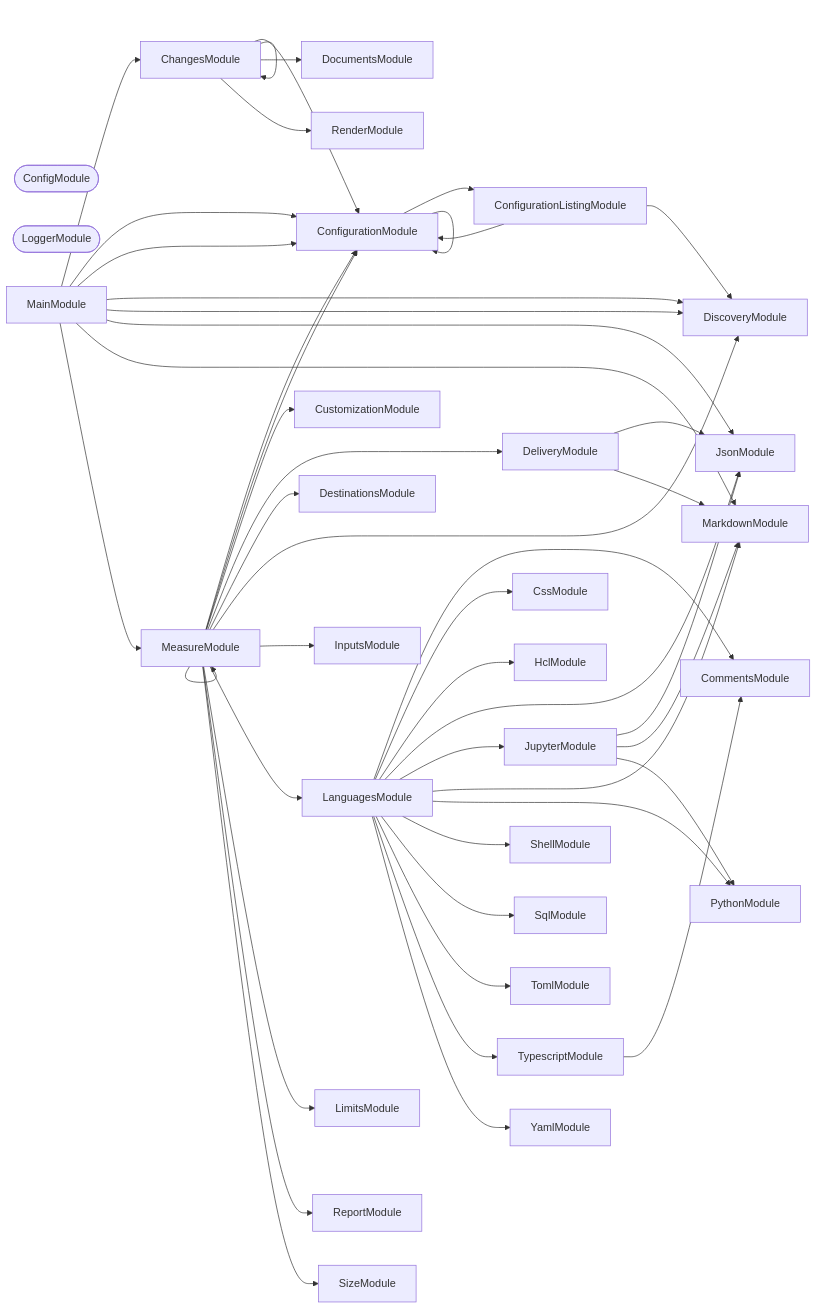
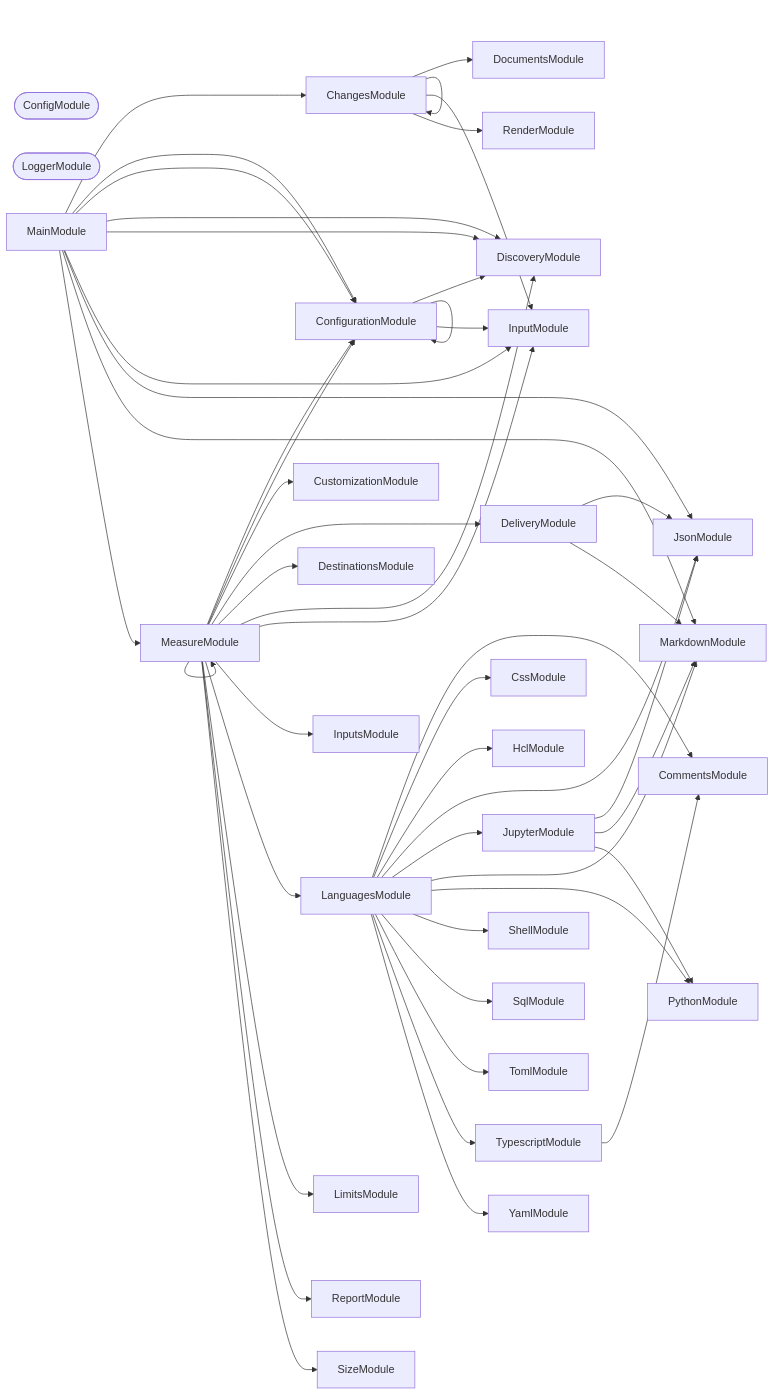
Before and after one commit to JimmyPaolini/codebase: the second of 3 diagrams in packages/ic-suite/codometer/codometer-cli/README.md, drawn with Mermaid. The commit also changed other lines of this file and 108 other files, not shown here.

````diff
--- a/packages/ic-suite/codometer/codometer-cli/README.md
+++ b/packages/ic-suite/codometer/codometer-cli/README.md
@@ -886,79 +886,80 @@
 ```mermaid
 flowchart LR
   ChangesModule
   CommentsModule
   ConfigModule([ConfigModule])
-  ConfigurationListingModule
   ConfigurationModule
   CssModule
   CustomizationModule
   DeliveryModule
   DestinationsModule
   DiscoveryModule
   DocumentsModule
   HclModule
+  InputModule
   InputsModule
   JsonModule
   JupyterModule
   LanguagesModule
   LimitsModule
   LoggerModule([LoggerModule])
   MainModule
   MarkdownModule
   MeasureModule
   PythonModule
   RenderModule
   ReportModule
   ShellModule
   SizeModule
   SqlModule
   TomlModule
   TypescriptModule
   YamlModule
   ChangesModule --> ChangesModule
-  ChangesModule --> ConfigurationModule
   ChangesModule --> DocumentsModule
+  ChangesModule --> InputModule
   ChangesModule --> RenderModule
-  ConfigurationListingModule --> ConfigurationModule
-  ConfigurationListingModule --> DiscoveryModule
-  ConfigurationModule --> ConfigurationListingModule
   ConfigurationModule --> ConfigurationModule
+  ConfigurationModule --> DiscoveryModule
+  ConfigurationModule --> InputModule
   DeliveryModule --> JsonModule
   DeliveryModule --> MarkdownModule
   JupyterModule --> JsonModule
   JupyterModule --> MarkdownModule
   JupyterModule --> PythonModule
   LanguagesModule --> CommentsModule
   LanguagesModule --> CssModule
   LanguagesModule --> HclModule
   LanguagesModule --> JsonModule
   LanguagesModule --> JupyterModule
   LanguagesModule --> MarkdownModule
   LanguagesModule --> PythonModule
   LanguagesModule --> ShellModule
   LanguagesModule --> SqlModule
   LanguagesModule --> TomlModule
   LanguagesModule --> TypescriptModule
   LanguagesModule --> YamlModule
   MainModule --> ChangesModule
   MainModule --> ConfigurationModule
   MainModule --> ConfigurationModule
   MainModule --> DiscoveryModule
   MainModule --> DiscoveryModule
+  MainModule --> InputModule
   MainModule --> JsonModule
   MainModule --> MarkdownModule
   MainModule --> MeasureModule
   MeasureModule --> ConfigurationModule
   MeasureModule --> ConfigurationModule
   MeasureModule --> CustomizationModule
   MeasureModule --> DeliveryModule
   MeasureModule --> DestinationsModule
   MeasureModule --> DiscoveryModule
+  MeasureModule --> InputModule
   MeasureModule --> InputsModule
   MeasureModule --> LanguagesModule
   MeasureModule --> LimitsModule
   MeasureModule --> MeasureModule
   MeasureModule --> ReportModule
   MeasureModule --> SizeModule
   TypescriptModule --> CommentsModule
 ```
````
